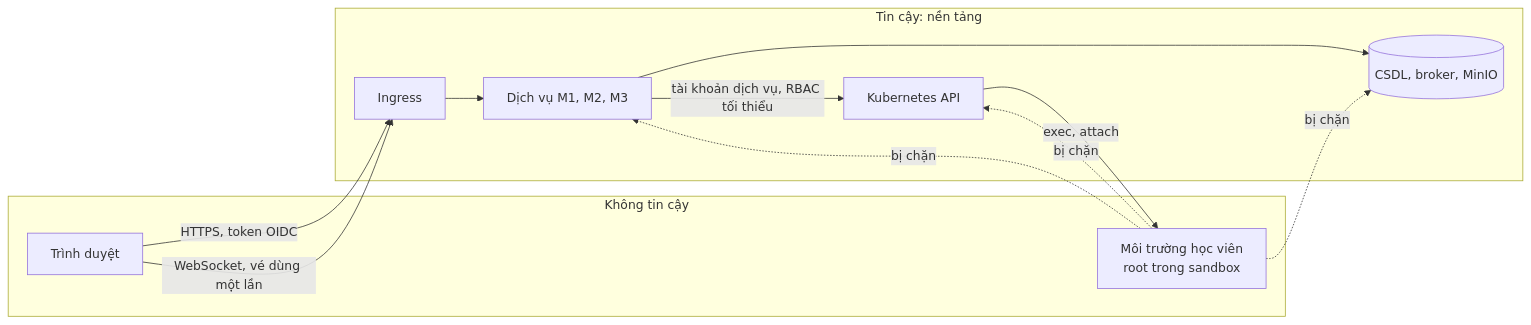
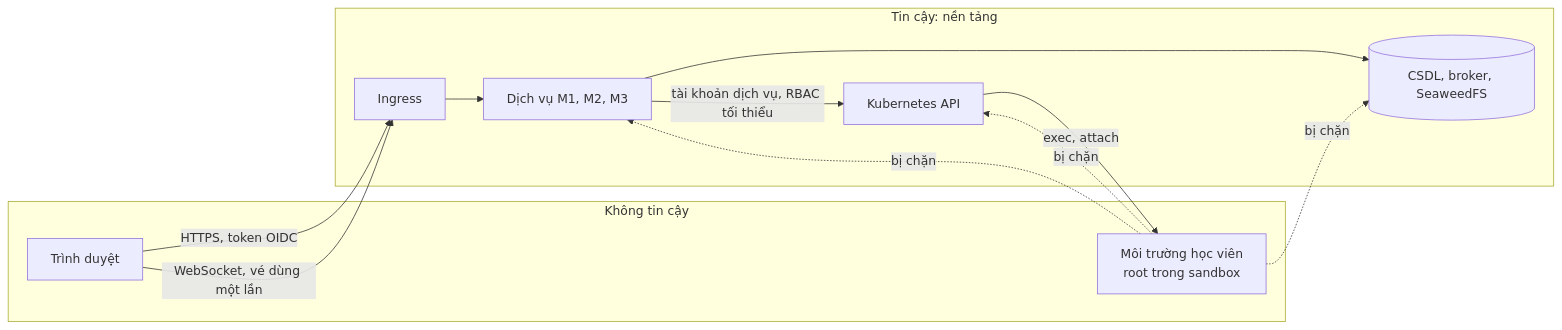
The diagram in docs/05-cach-ly-va-bao-mat.md (NhatMinh0311/Crucible), drawn with Mermaid before and after one commit. The commit also changed other lines of this file and 9 other files, not shown here.

First line of the commit message:
Thay MinIO bằng SeaweedFS (ADR-0014); nâng phiên bản công nghệ

````diff
--- a/docs/05-cach-ly-va-bao-mat.md
+++ b/docs/05-cach-ly-va-bao-mat.md
@@ -30,21 +30,21 @@
 ```mermaid
 flowchart LR
     subgraph u[Không tin cậy]
         browser[Trình duyệt]
         pod[Môi trường học viên<br/>root trong sandbox]
     end
     subgraph p[Tin cậy: nền tảng]
         ingress[Ingress]
         svc[Dịch vụ M1, M2, M3]
-        data[(CSDL, broker, MinIO)]
+        data[(CSDL, broker, SeaweedFS)]
         kapi[Kubernetes API]
     end
     browser -- "HTTPS, token OIDC" --> ingress --> svc
     browser -- "WebSocket, vé dùng một lần" --> ingress
     svc --> data
     svc -- "tài khoản dịch vụ, RBAC tối thiểu" --> kapi
     kapi -- "exec, attach" --> pod
     pod -. "bị chặn" .-> svc
     pod -. "bị chặn" .-> data
     pod -. "bị chặn" .-> kapi
 ```
````
